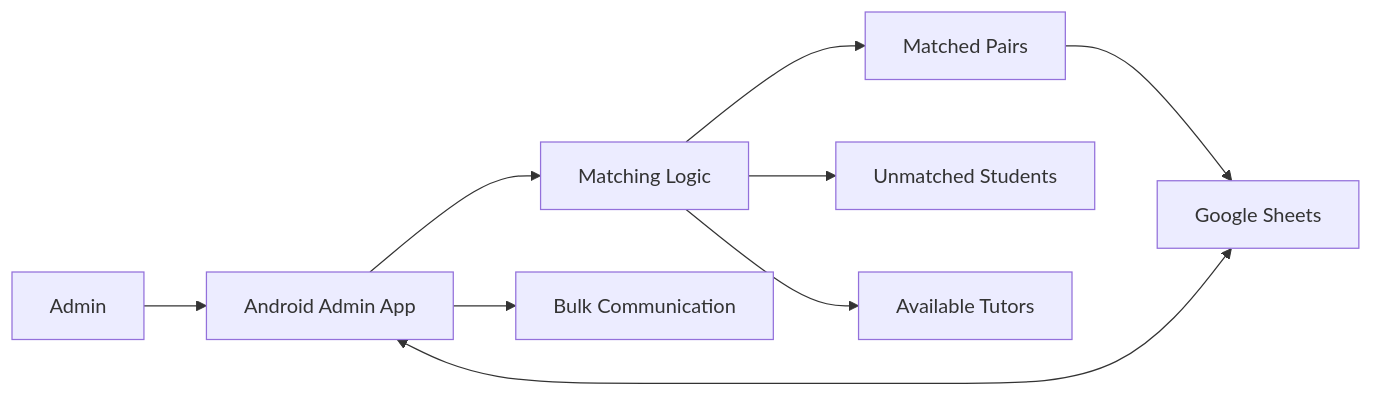
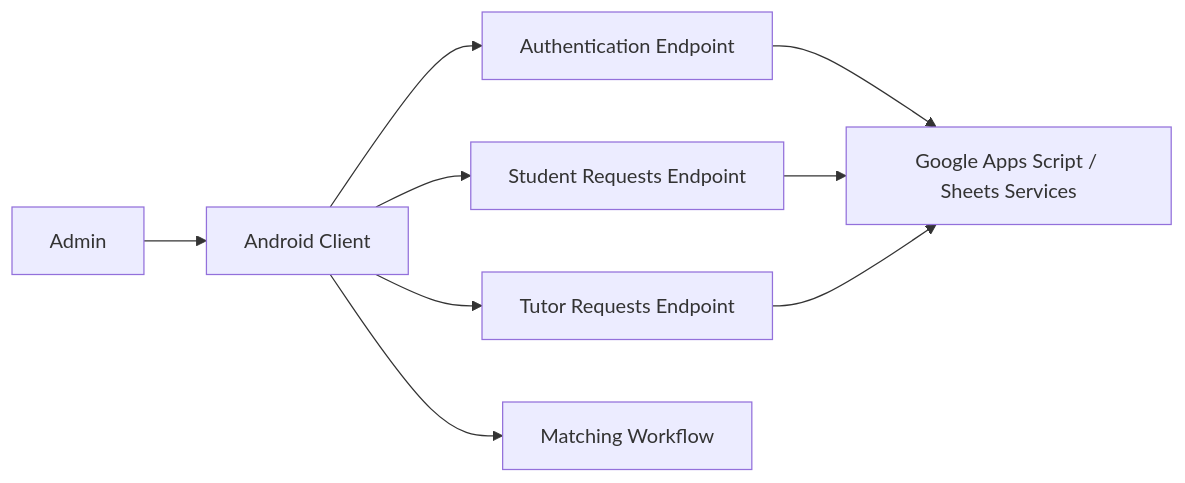
The diagram in README.md (rmuthukumar23/student-matching-automation-system), drawn with Mermaid before and after one commit. The commit also changed other lines of this file, not shown here.

Commit message:
Document recovered source and client-backend architecture

````diff
--- a/README.md
+++ b/README.md
@@ -25,11 +25,11 @@
 ```mermaid
 flowchart LR
-    A[Admin] --> B[Android Admin App]
-    C[Google Sheets] <--> B
-    B --> D[Matching Logic]
-    D --> E[Matched Pairs]
-    D --> F[Unmatched Students]
-    D --> G[Available Tutors]
-    E --> C
-    B --> H[Bulk Communication]
+    A[Admin] --> B[Android Client]
+    B --> C[Authentication Endpoint]
+    B --> D[Student Requests Endpoint]
+    B --> E[Tutor Requests Endpoint]
+    C --> F[Google Apps Script / Sheets Services]
+    D --> F
+    E --> F
+    B --> G[Matching Workflow]
 ```
````
